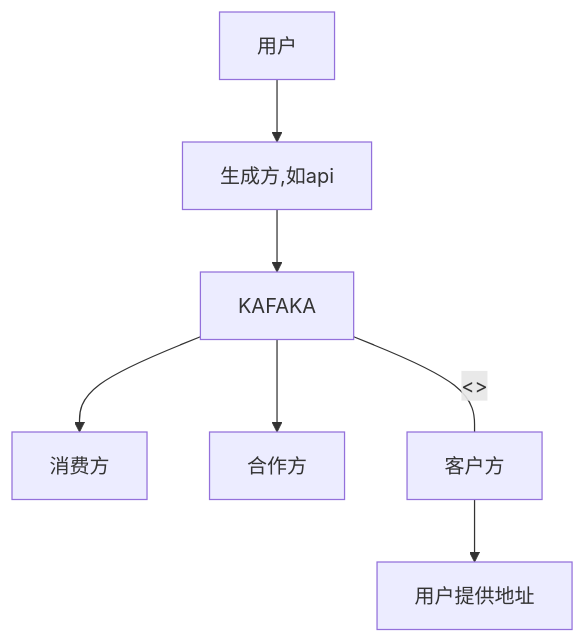
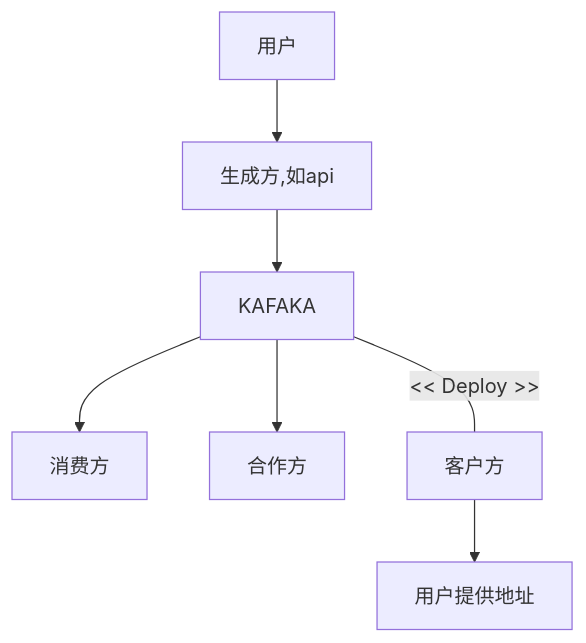
Before and after one commit to 13882163221/wc: the diagram in README.md, drawn with Mermaid.

````diff
--- a/README.md
+++ b/README.md
@@ -1,8 +1,8 @@
 ```mermaid
     graph TD
 用户-->生成方,如api
 生成方,如api --> KAFAKA
 KAFAKA --> 消费方 & 合作方
-KAFAKA --"<<Deploy>>"--- 客户方
+KAFAKA --"<< Deploy >>"--- 客户方
 客户方 --> 用户提供地址
 ```
````
